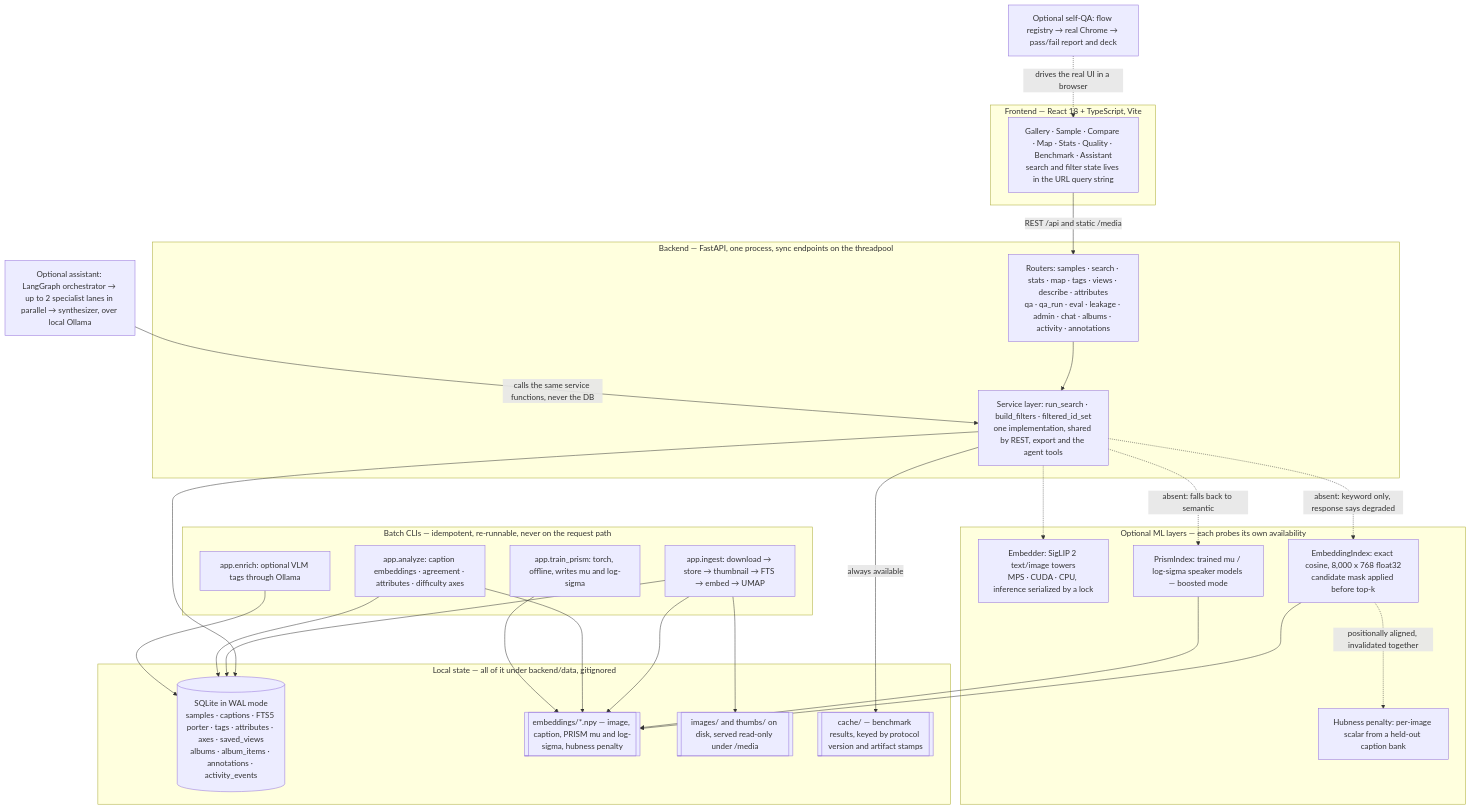
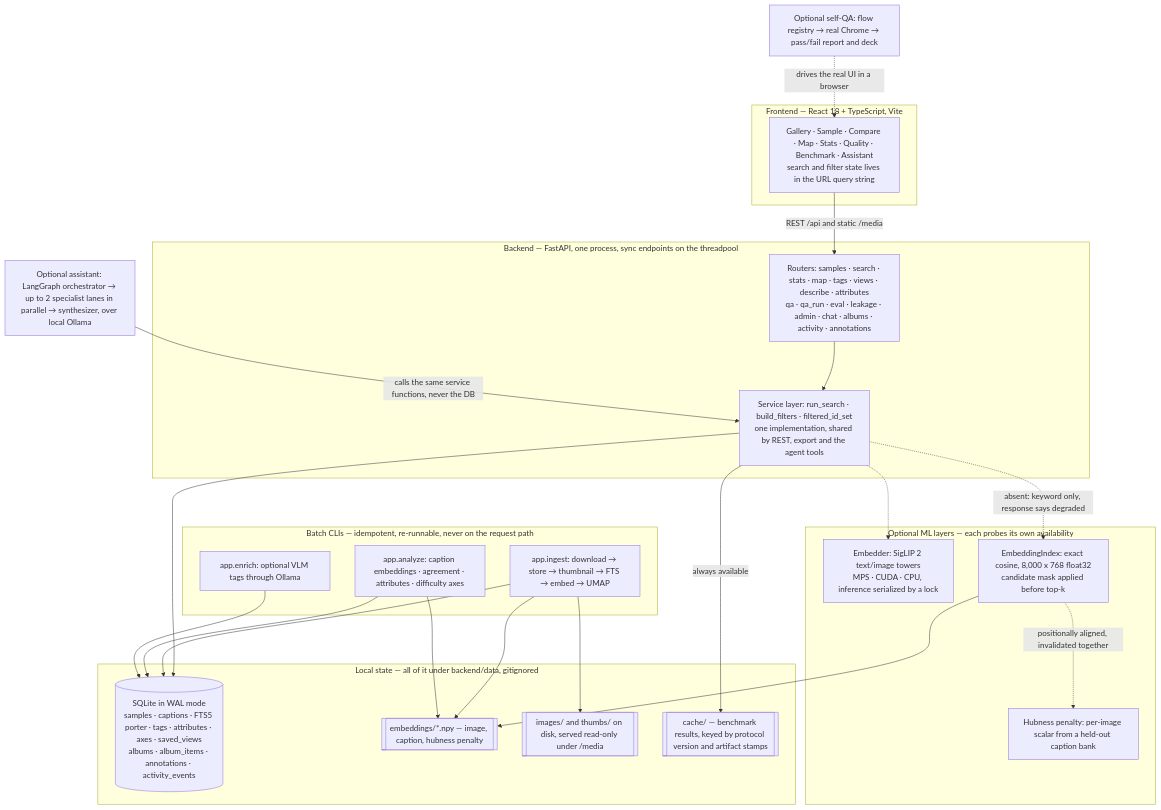
One commit to aimanyounises1/cv-dataset-explorer changed the diagram in docs/ARCHITECTURE.md. Above: the diagram before and after it, drawn with Mermaid. The commit also changed other lines of this file and 20 other files, not shown here.

````diff
--- a/docs/ARCHITECTURE.md
+++ b/docs/ARCHITECTURE.md
@@ -11,55 +11,50 @@
 ```mermaid
 flowchart TB
   subgraph fe["Frontend — React 18 + TypeScript, Vite"]
     UI["Gallery · Sample · Compare · Map · Stats · Quality · Benchmark · Assistant<br/>search and filter state lives in the URL query string"]
   end
 
   subgraph be["Backend — FastAPI, one process, sync endpoints on the threadpool"]
     RT["Routers: samples · search · stats · map · tags · views · describe · attributes<br/>qa · qa_run · eval · leakage · admin · chat · albums · activity · annotations"]
     SV["Service layer: run_search · build_filters · filtered_id_set<br/>one implementation, shared by REST, export and the agent tools"]
   end
 
   subgraph ml["Optional ML layers — each probes its own availability"]
     EM["Embedder: SigLIP 2 text/image towers<br/>MPS · CUDA · CPU, inference serialized by a lock"]
     IX["EmbeddingIndex: exact cosine, 8,000 x 768 float32<br/>candidate mask applied before top-k"]
     HB["Hubness penalty: per-image scalar from a held-out caption bank"]
-    PR["PrismIndex: trained mu / log-sigma speaker models — boosted mode"]
   end
 
   subgraph st["Local state — all of it under backend/data, gitignored"]
     DB[("SQLite in WAL mode<br/>samples · captions · FTS5 porter · tags · attributes · axes · saved_views<br/>albums · album_items · annotations · activity_events")]
-    NP[["embeddings/*.npy — image, caption, PRISM mu and log-sigma, hubness penalty"]]
+    NP[["embeddings/*.npy — image, caption, hubness penalty"]]
     IM[["images/ and thumbs/ on disk, served read-only under /media"]]
     CA[["cache/ — benchmark results, keyed by protocol version and artifact stamps"]]
   end
 
   subgraph bt["Batch CLIs — idempotent, re-runnable, never on the request path"]
     IG["app.ingest: download → store → thumbnail → FTS → embed → UMAP"]
     AN["app.analyze: caption embeddings · agreement · attributes · difficulty axes"]
-    TP["app.train_prism: torch, offline, writes mu and log-sigma"]
     EN["app.enrich: optional VLM tags through Ollama"]
   end
 
   AG["Optional assistant: LangGraph orchestrator → up to 2 specialist lanes in parallel → synthesizer, over local Ollama"]
   QA["Optional self-QA: flow registry → real Chrome → pass/fail report and deck"]
 
   UI -->|"REST /api and static /media"| RT
   RT --> SV
   SV --> DB
   SV -->|"always available"| CA
   SV -.->|"absent: keyword only, response says degraded"| IX
   SV -.-> EM
   IX --> NP
   IX -.->|"positionally aligned, invalidated together"| HB
-  SV -.->|"absent: falls back to semantic"| PR
-  PR --> NP
   AG -->|"calls the same service functions, never the DB"| SV
   QA -.->|"drives the real UI in a browser"| UI
   IG --> DB
   IG --> NP
   IG --> IM
   AN --> DB
   AN --> NP
-  TP --> NP
   EN --> DB
 ```
````
